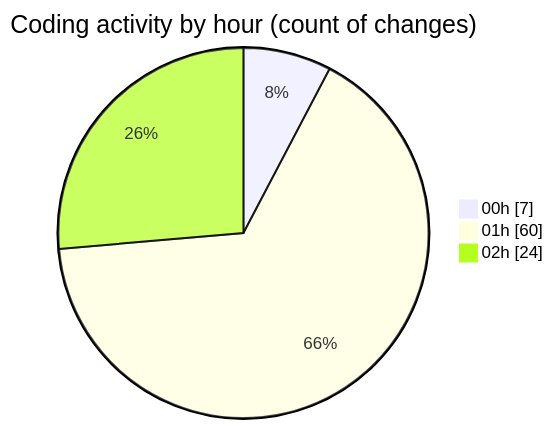
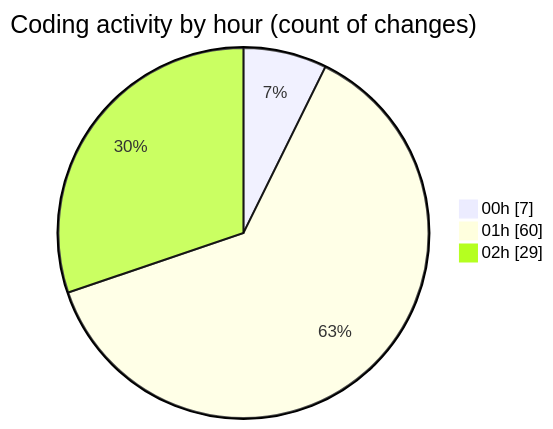
One commit to julien-gomy/code-tracking changed the second of 2 diagrams in 2025-10-07/eventscop-frontend-guide__workspace_/README.md. Above: the diagram before and after it, drawn with Mermaid. The commit also changed other lines of this file and 1 other file, not shown here.

````diff
--- a/2025-10-07/eventscop-frontend-guide__workspace_/README.md
+++ b/2025-10-07/eventscop-frontend-guide__workspace_/README.md
@@ -77,7 +78,7 @@
 ```mermaid
 pie showData
 title Coding activity by hour (count of changes)
 "00h" : 7
 "01h" : 60
-"02h" : 24
+"02h" : 29
 ```
````
